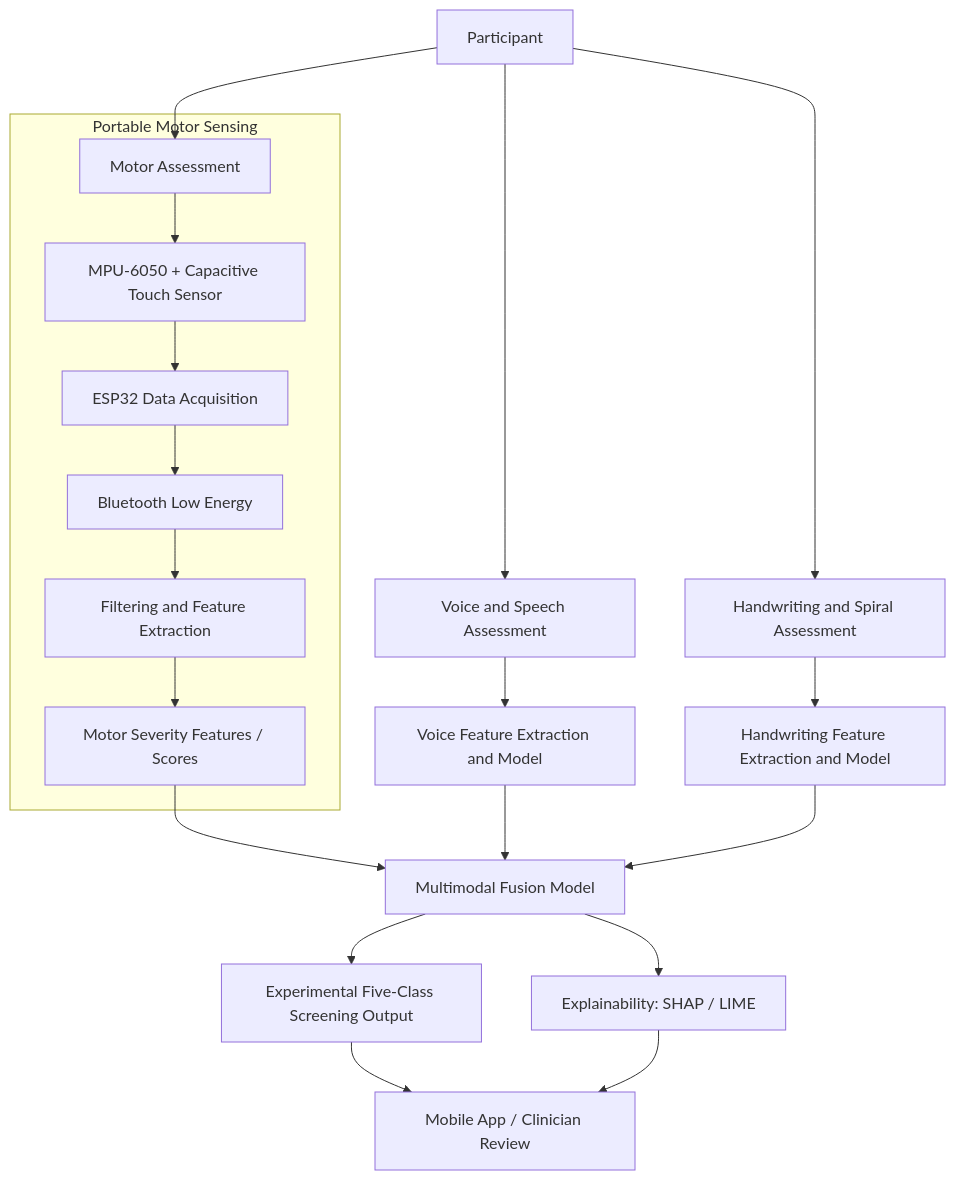
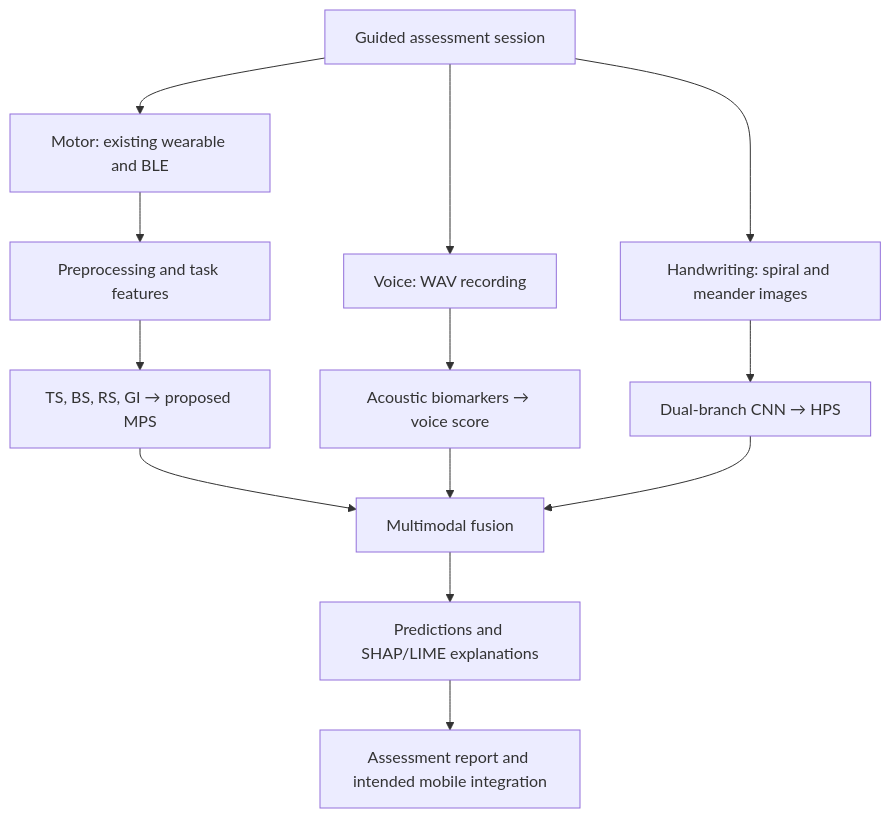
One commit to J26-IT-401-Research-Project-SLIIT/J26-IT-401-Research-Project-SLIIT changed the diagram in README.md. Above: the diagram before and after it, drawn with Mermaid. The commit also changed other lines of this file, not shown here.

````diff
--- a/README.md
+++ b/README.md
@@ -46,25 +35,15 @@
 ```mermaid
 flowchart TD
-    P[Participant] --> M[Motor Assessment]
-    P --> V[Voice and Speech Assessment]
-    P --> H[Handwriting and Spiral Assessment]
-
-    subgraph Motor [Portable Motor Sensing]
-        M --> S[MPU-6050 + Capacitive Touch Sensor]
-        S --> E[ESP32 Data Acquisition]
-        E --> B[Bluetooth Low Energy]
-        B --> F[Filtering and Feature Extraction]
-        F --> MS[Motor Severity Features / Scores]
-    end
-
-    V --> VF[Voice Feature Extraction and Model]
-    H --> HF[Handwriting Feature Extraction and Model]
-
-    MS --> X[Multimodal Fusion Model]
-    VF --> X
-    HF --> X
-    X --> R[Experimental Five-Class Screening Output]
-    X --> A[Explainability: SHAP / LIME]
-    R --> APP[Mobile App / Clinician Review]
-    A --> APP
+    A["Guided assessment session"] --> M["Motor: existing wearable and BLE"]
+    A --> V["Voice: WAV recording"]
+    A --> H["Handwriting: spiral and meander images"]
+    M --> MP["Preprocessing and task features"]
+    MP --> MS["TS, BS, RS, GI → proposed MPS"]
+    V --> VS["Acoustic biomarkers → voice score"]
+    H --> HS["Dual-branch CNN → HPS"]
+    MS --> F["Multimodal fusion"]
+    VS --> F
+    HS --> F
+    F --> X["Predictions and SHAP/LIME explanations"]
+    X --> R["Assessment report and intended mobile integration"]
 ```
````
